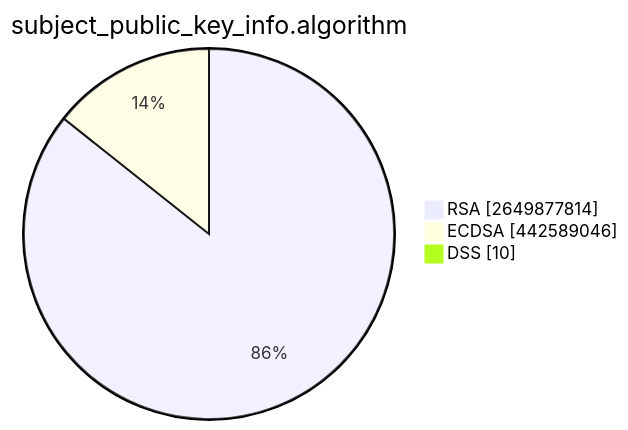
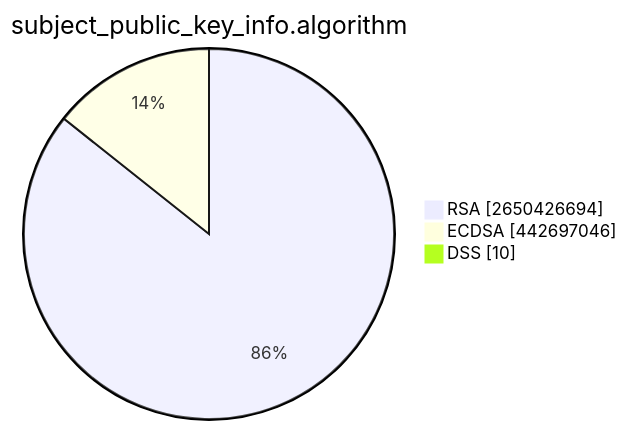
One commit to christiankrug/ctmonitor_visualization changed the second of 15 diagrams in TOTAL/README.md. Above: the diagram before and after it, drawn with Mermaid. The commit also changed other lines of this file, not shown here.

````diff
--- a/TOTAL/README.md
+++ b/TOTAL/README.md
@@ -6,7 +6,7 @@
 ```mermaid
 pie showData
 title subject_public_key_info.algorithm
-"RSA" :2649877814
-"ECDSA" :442589046
+"RSA" :2650426694
+"ECDSA" :442697046
 "DSS" :10
 ```
````
